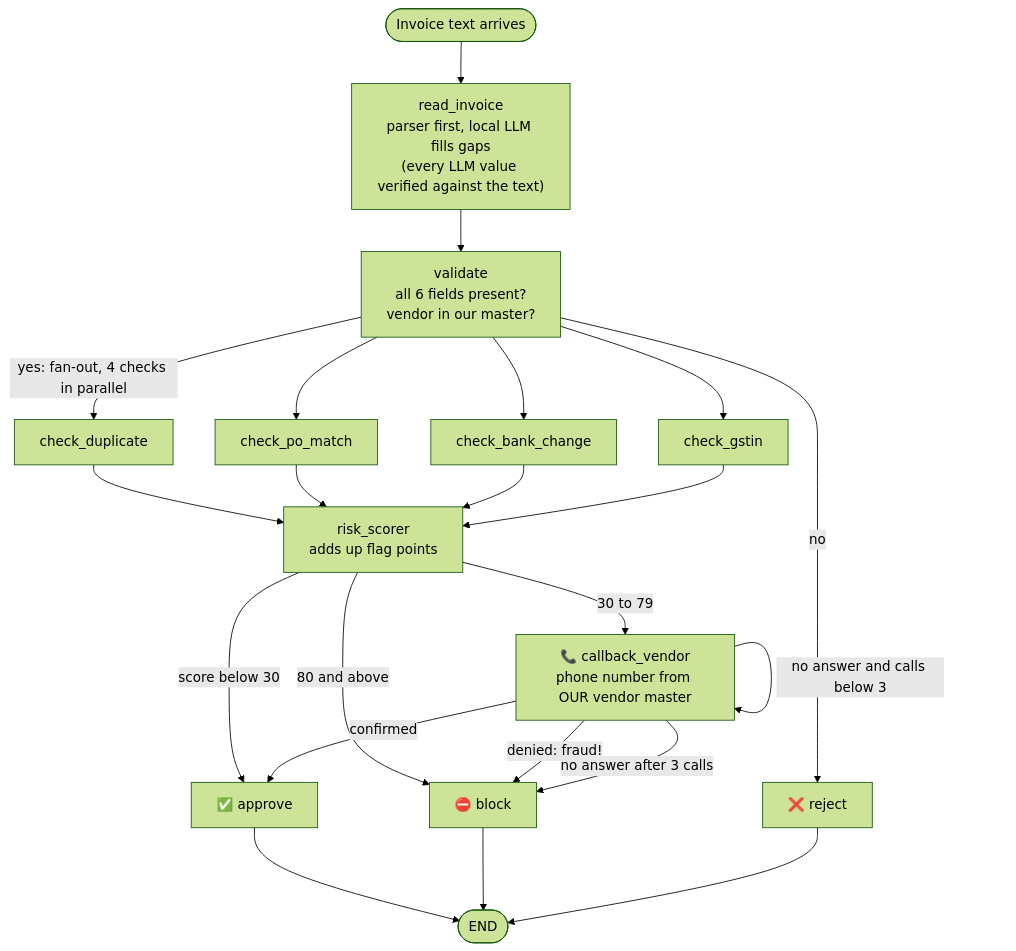
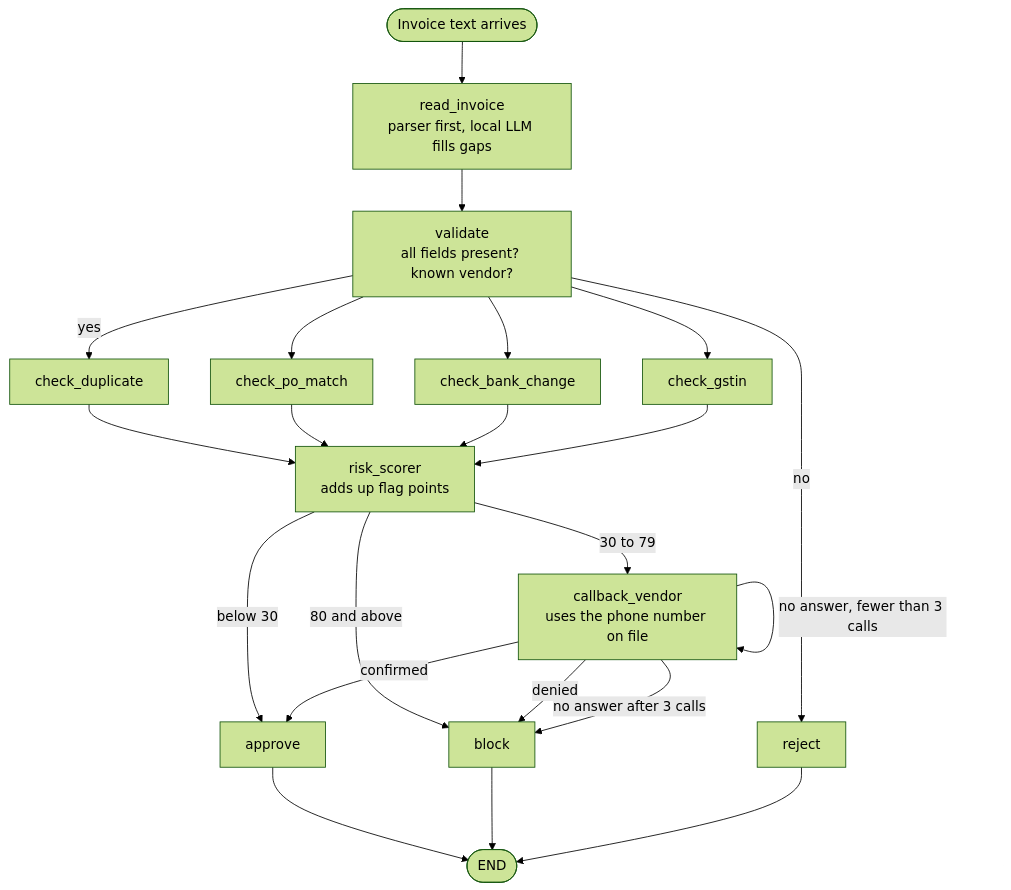
One commit to PreeyasTumulu/Vendor_Payment_Guard changed the first of 4 diagrams in README.md. Above: the diagram before and after it, drawn with Mermaid (forest theme). The commit also changed other lines of this file, not shown here.

````diff
--- a/README.md
+++ b/README.md
@@ -41,24 +33,24 @@
 ```mermaid
 flowchart TD
-    START([Invoice text arrives]) --> READ["read_invoice<br/>parser first, local LLM fills gaps<br/>(every LLM value verified against the text)"]
-    READ --> VALIDATE["validate<br/>all 6 fields present?<br/>vendor in our master?"]
-    VALIDATE -->|"no"| REJECT["❌ reject"]
-    VALIDATE -->|"yes: fan-out, 4 checks in parallel"| DUP[check_duplicate]
+    START([Invoice text arrives]) --> READ["read_invoice<br/>parser first, local LLM fills gaps"]
+    READ --> VALIDATE["validate<br/>all fields present? known vendor?"]
+    VALIDATE -->|"no"| REJECT[reject]
+    VALIDATE -->|"yes"| DUP[check_duplicate]
     VALIDATE --> PO[check_po_match]
     VALIDATE --> BANK[check_bank_change]
     VALIDATE --> GST[check_gstin]
     DUP --> SCORE["risk_scorer<br/>adds up flag points"]
     PO --> SCORE
     BANK --> SCORE
     GST --> SCORE
-    SCORE -->|"score below 30"| APPROVE["✅ approve"]
-    SCORE -->|"30 to 79"| CALL["📞 callback_vendor<br/>phone number from OUR vendor master"]
-    SCORE -->|"80 and above"| BLOCK["⛔ block"]
+    SCORE -->|"below 30"| APPROVE[approve]
+    SCORE -->|"30 to 79"| CALL["callback_vendor<br/>uses the phone number on file"]
+    SCORE -->|"80 and above"| BLOCK[block]
     CALL -->|"confirmed"| APPROVE
-    CALL -->|"denied: fraud!"| BLOCK
-    CALL -->|"no answer and calls below 3"| CALL
+    CALL -->|"denied"| BLOCK
+    CALL -->|"no answer, fewer than 3 calls"| CALL
     CALL -->|"no answer after 3 calls"| BLOCK
     APPROVE --> END([END])
     BLOCK --> END
     REJECT --> END
 ```
````
